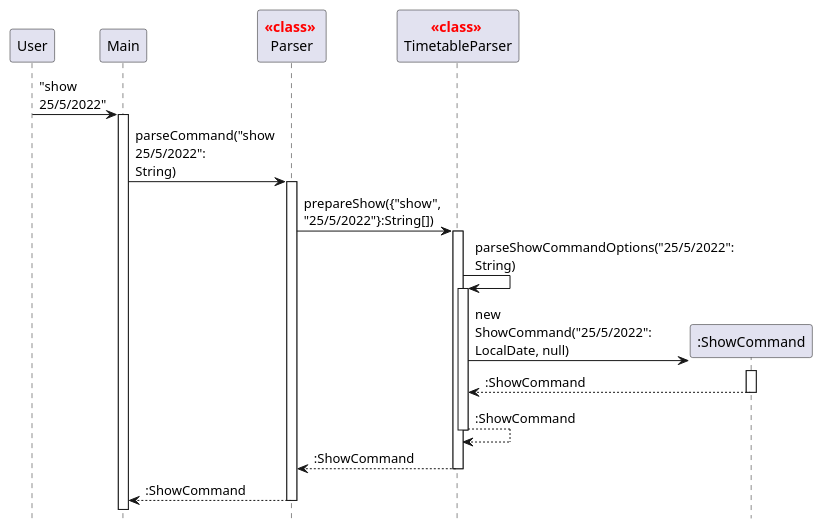
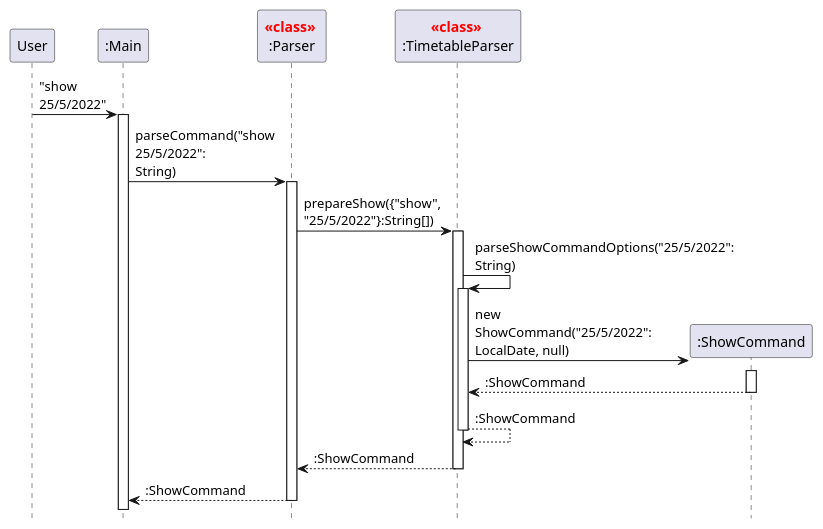
The diagram in docs/puml/showScheduleForADateOne.puml (nus-cs2113-AY2122S2/tp), drawn with PlantUML before and after one commit.

Commit message:
Add colon to represent the class object

```diff
--- a/docs/puml/showScheduleForADateOne.puml
+++ b/docs/puml/showScheduleForADateOne.puml
@@ -1,47 +1,47 @@
 @startuml
 
 skinparam maxMessageSize 100
 
 hide footbox
 
 participant User as User
-participant Main as Main
-participant "<font color=red>**<<class>>** \nParser" as Parser
-participant "<font color=red>**<<class>>** \nTimetableParser" as TimetableParser
+participant ":Main" as Main
+participant "<font color=red>**<<class>>** \n:Parser" as Parser
+participant "<font color=red>**<<class>>** \n:TimetableParser" as TimetableParser
 participant ":ShowCommand" as ShowCommand
 
 User -> Main: "show 25/5/2022"
 
 activate Main
 
 Main -> Parser: parseCommand("show 25/5/2022": String)
 activate Parser
 
 Parser -> TimetableParser: prepareShow({"show", "25/5/2022"}:String[])
 activate TimetableParser
 
 TimetableParser -> TimetableParser: parseShowCommandOptions("25/5/2022": String)
 activate TimetableParser
 
 create ShowCommand
 TimetableParser -> ShowCommand: new ShowCommand("25/5/2022": LocalDate, null)
 
 activate ShowCommand
 
 ShowCommand --> TimetableParser: :ShowCommand
 deactivate ShowCommand
 
 TimetableParser --> TimetableParser: :ShowCommand
 deactivate TimetableParser
 
 TimetableParser --> Parser: :ShowCommand
 deactivate TimetableParser
 
 
 Parser --> Main: :ShowCommand
 deactivate Parser
 
 
 
 
 @enduml
```
